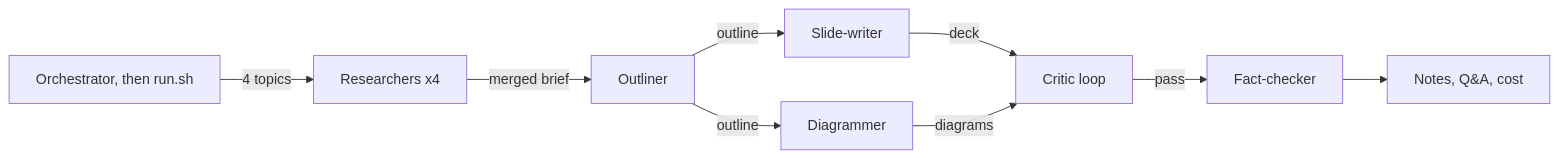
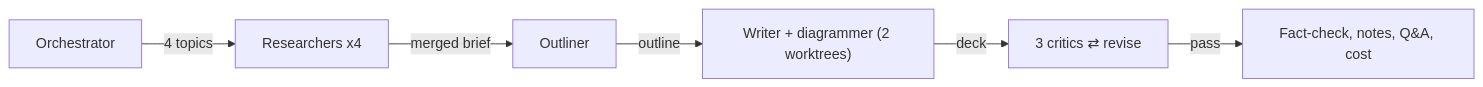
Before and after one commit to xoubish/multiGrits: the diagram in diagrams/meta-pipeline.mmd, drawn with Mermaid. The commit also changed 64 other files, not shown here.

```diff
--- a/diagrams/meta-pipeline.mmd
+++ b/diagrams/meta-pipeline.mmd
@@ -1,9 +1,6 @@
 flowchart LR
-  H["Orchestrator, then run.sh"] -->|"4 topics"| R["Researchers x4"]
+  H["Orchestrator"] -->|"4 topics"| R["Researchers x4"]
   R -->|"merged brief"| O["Outliner"]
-  O -->|"outline"| W["Slide-writer"]
-  O -->|"outline"| D["Diagrammer"]
-  W -->|"deck"| C["Critic loop"]
-  D -->|"diagrams"| C
-  C -->|"pass"| F["Fact-checker"]
-  F --> N["Notes, Q&A, cost"]
+  O -->|"outline"| W["Writer + diagrammer (2 worktrees)"]
+  W -->|"deck"| C["3 critics ⇄ revise"]
+  C -->|"pass"| F["Fact-check, notes, Q&A, cost"]
```
